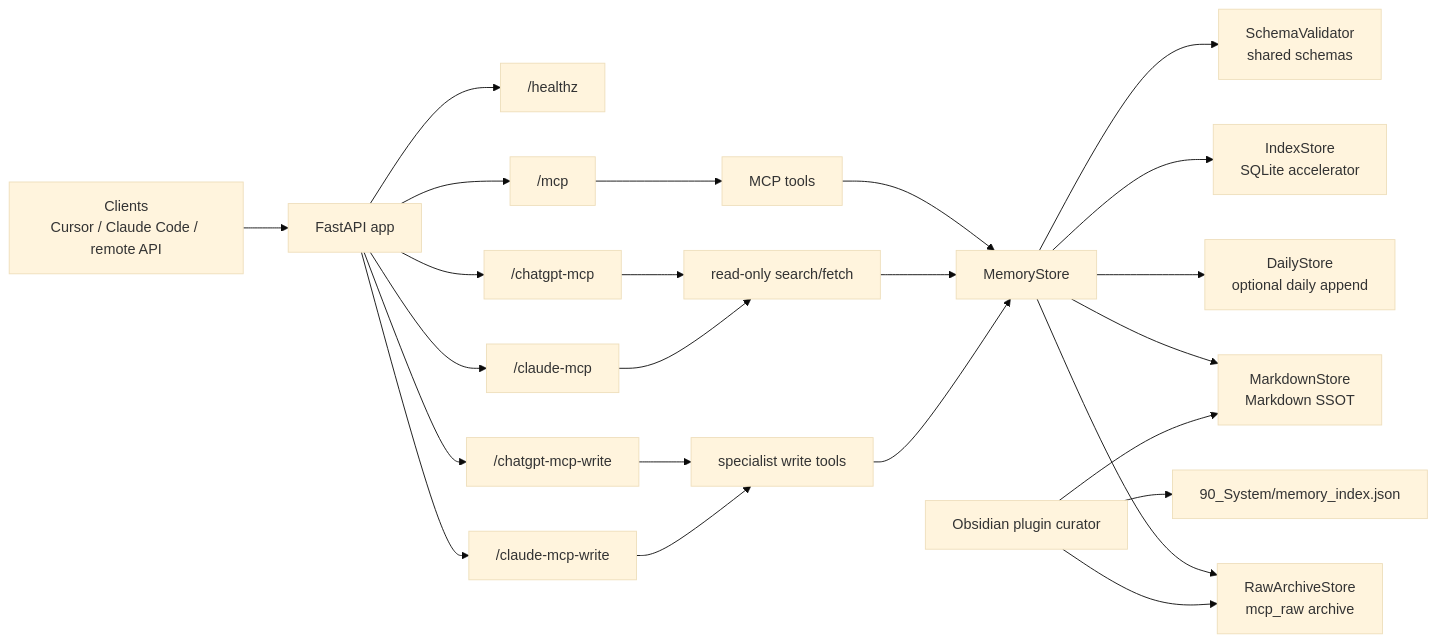
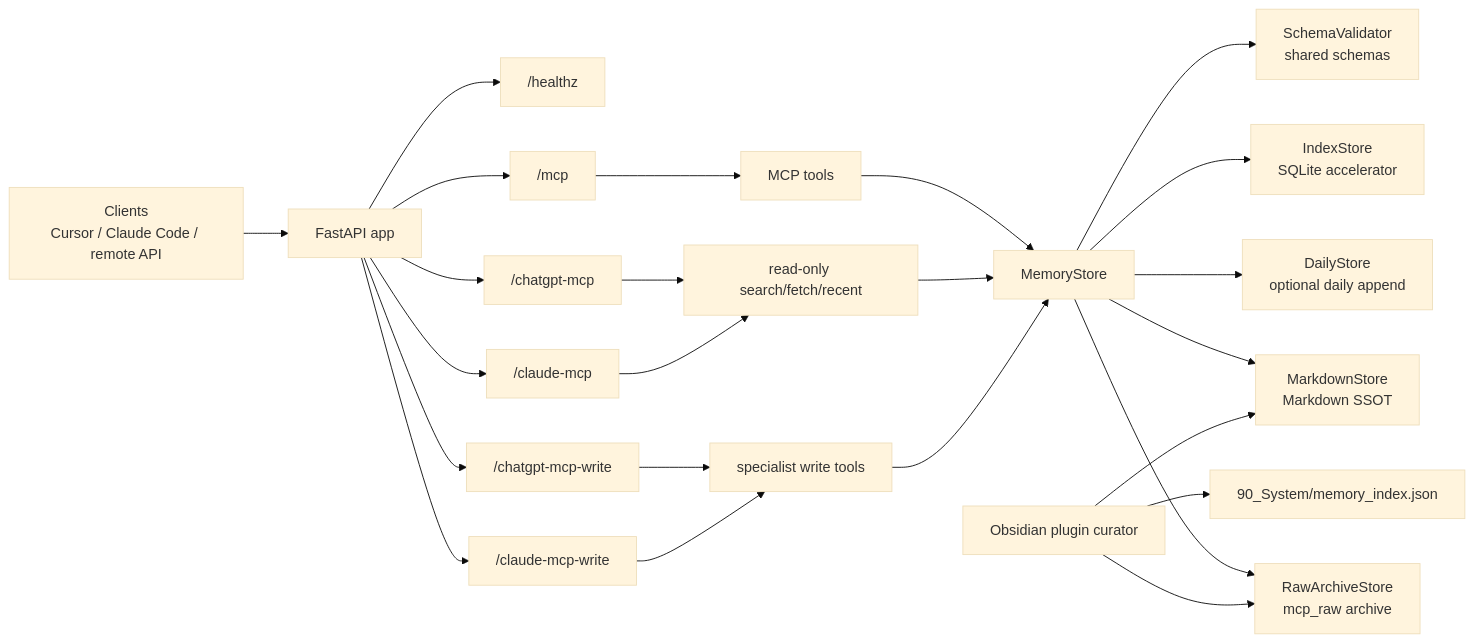
Before and after one commit to macho715/mcp_obsi: the first of 6 diagrams in SYSTEM_ARCHITECTURE.md, drawn with Mermaid (base theme). The commit also changed other lines of this file and 3 other files, not shown here.

````diff
--- a/SYSTEM_ARCHITECTURE.md
+++ b/SYSTEM_ARCHITECTURE.md
@@ -43,26 +76,26 @@
 ```mermaid
 flowchart LR
   C["Clients<br/>Cursor / Claude Code / remote API"] --> F[FastAPI app]
   F --> H["/healthz"]
   F --> M["/mcp"]
   F --> GH["/chatgpt-mcp"]
   F --> GHW["/chatgpt-mcp-write"]
   F --> CH["/claude-mcp"]
   F --> CHW["/claude-mcp-write"]
   M --> T[MCP tools]
-  GH --> RT["read-only search/fetch"]
+  GH --> RT["read-only search/fetch/recent"]
   GHW --> WT["specialist write tools"]
   CH --> RT
   CHW --> WT
   T --> S[MemoryStore]
   RT --> S
   WT --> S
   S --> R["RawArchiveStore<br/>mcp_raw archive"]
   S --> MD["MarkdownStore<br/>Markdown SSOT"]
   S --> D["DailyStore<br/>optional daily append"]
   S --> I["IndexStore<br/>SQLite accelerator"]
   S --> V["SchemaValidator<br/>shared schemas"]
   P["Obsidian plugin curator"] --> R
   P --> MD
   P --> J["90_System/memory_index.json"]
 ```
````
